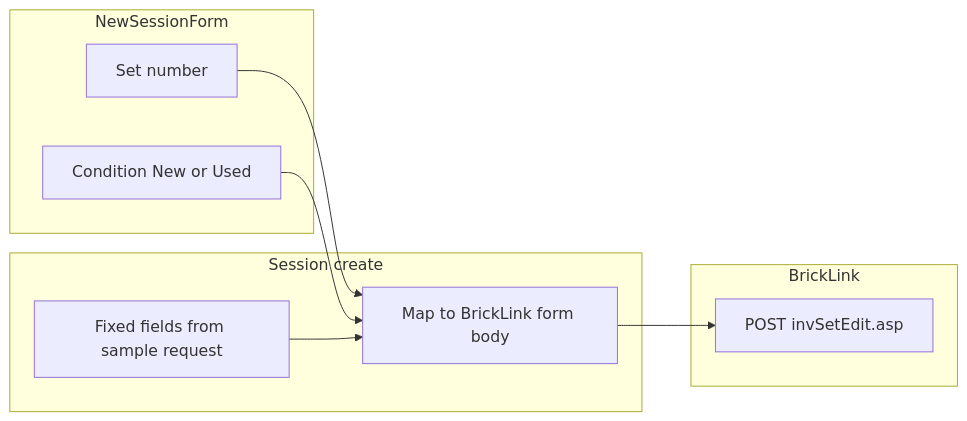
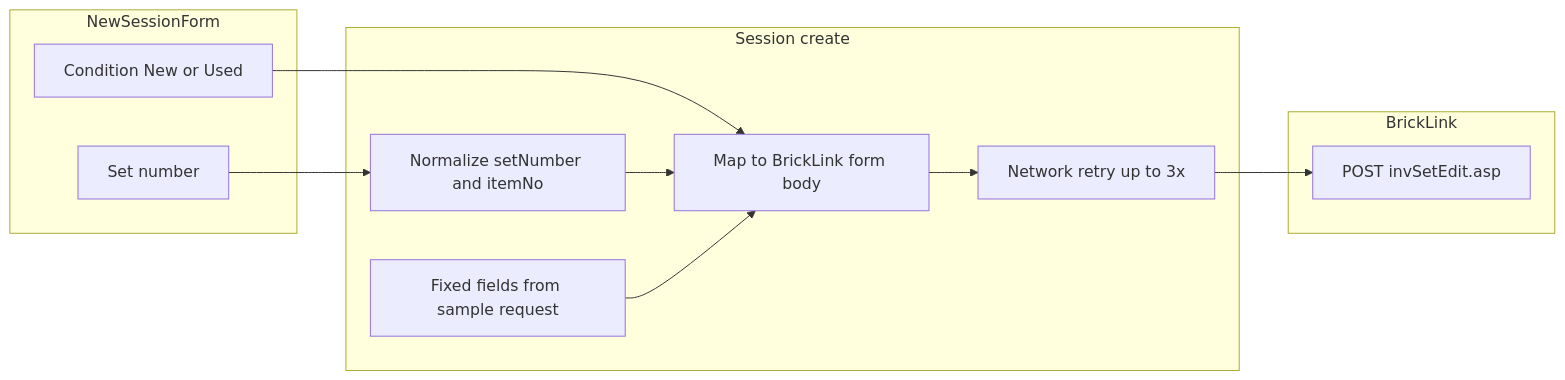
The diagram in docs/view-specs/new-session.md (dcvezzani/brick-counter-coordinator), drawn with Mermaid before and after one commit. The commit also changed other lines of this file and 10 other files, not shown here.

````diff
--- a/docs/view-specs/new-session.md
+++ b/docs/view-specs/new-session.md
@@ -109,18 +145,22 @@
 ```mermaid
 flowchart LR
   subgraph ui [NewSessionForm]
     setNo[Set number]
     cond[Condition New or Used]
   end
   subgraph server [Session create]
+    norm[Normalize setNumber and itemNo]
     map[Map to BrickLink form body]
     fixed[Fixed fields from sample request]
+    retry[Network retry up to 3x]
   end
   subgraph bl [BrickLink]
     post[POST invSetEdit.asp]
   end
-  setNo --> map
+  setNo --> norm
   cond --> map
+  norm --> map
   fixed --> map
-  map --> post
+  map --> retry
+  retry --> post
 ```
````
